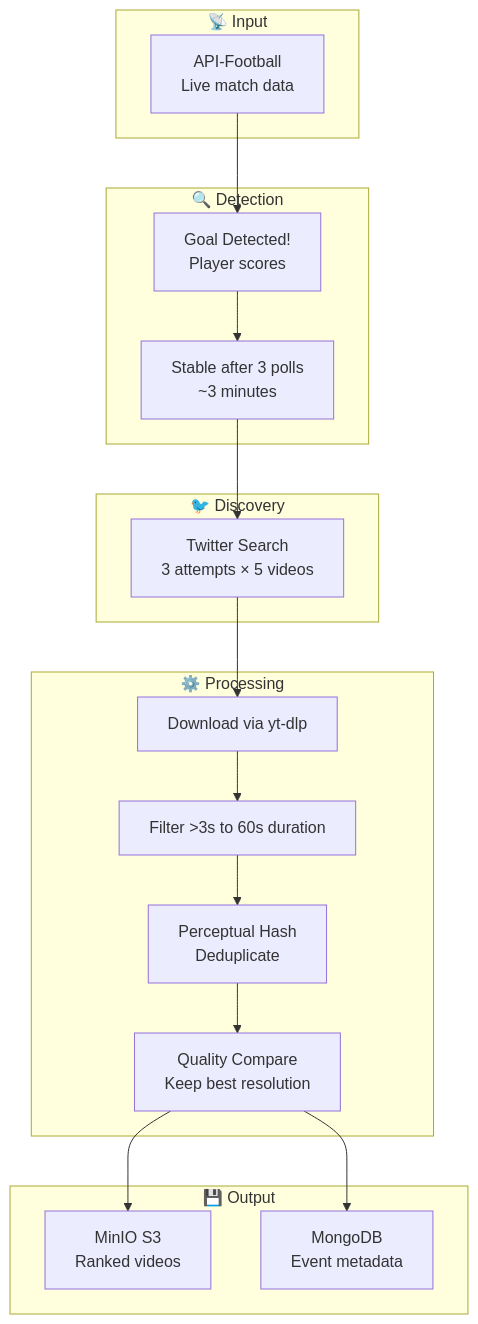
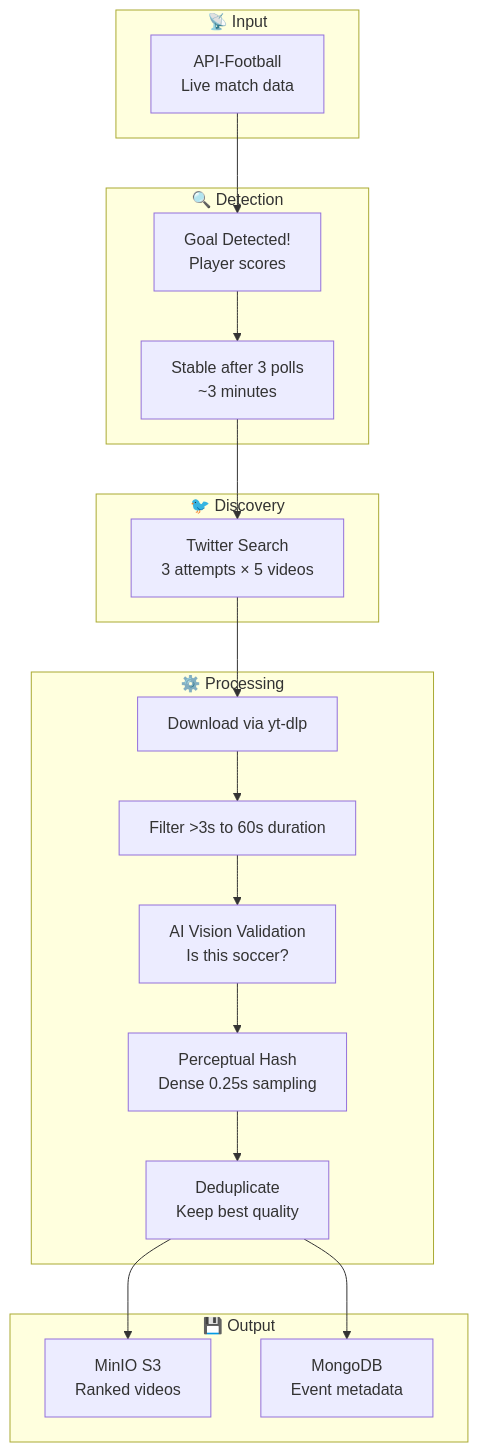
Before and after one commit to vedantadhobley/found-footy: the first of 13 diagrams in README.md, drawn with Mermaid. The commit also changed other lines of this file and 6 other files, not shown here.

````diff
--- a/README.md
+++ b/README.md
@@ -11,33 +11,34 @@
 ```mermaid
 flowchart TB
     subgraph INPUT["📡 Input"]
         API[API-Football<br/>Live match data]
     end
     
     subgraph DETECT["🔍 Detection"]
         GOAL[Goal Detected!<br/>Player scores]
         STABLE[Stable after 3 polls<br/>~3 minutes]
     end
     
     subgraph DISCOVER["🐦 Discovery"]
         TWITTER[Twitter Search<br/>3 attempts × 5 videos]
     end
     
     subgraph PROCESS["⚙️ Processing"]
         DOWNLOAD[Download via yt-dlp]
         FILTER[Filter >3s to 60s duration]
-        HASH[Perceptual Hash<br/>Deduplicate]
-        QUALITY[Quality Compare<br/>Keep best resolution]
+        AI[AI Vision Validation<br/>Is this soccer?]
+        HASH[Perceptual Hash<br/>Dense 0.25s sampling]
+        DEDUP[Deduplicate<br/>Keep best quality]
     end
     
     subgraph OUTPUT["💾 Output"]
         S3[MinIO S3<br/>Ranked videos]
         META[MongoDB<br/>Event metadata]
     end
     
     API --> GOAL --> STABLE
     STABLE --> TWITTER
-    TWITTER --> DOWNLOAD --> FILTER --> HASH --> QUALITY
-    QUALITY --> S3
-    QUALITY --> META
+    TWITTER --> DOWNLOAD --> FILTER --> AI --> HASH --> DEDUP
+    DEDUP --> S3
+    DEDUP --> META
 ```
````
